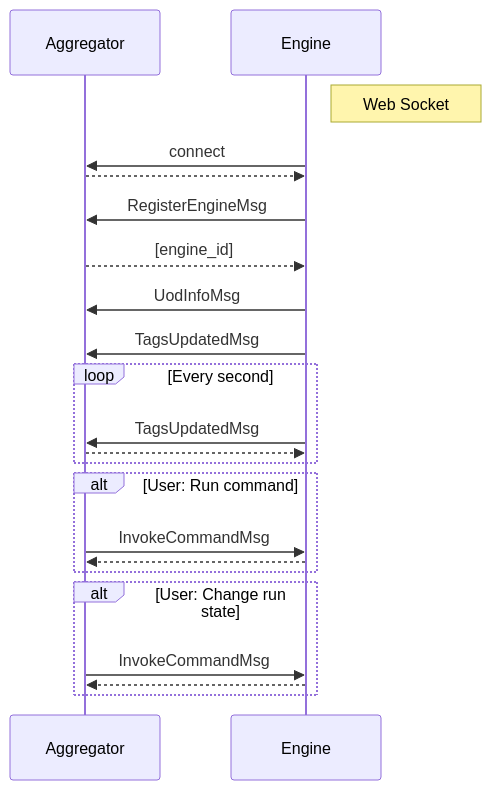
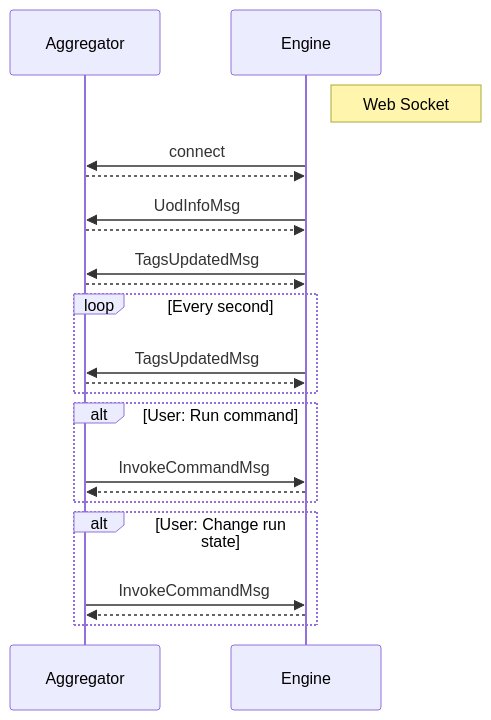
Before and after one commit to Open-Pectus/Open-Pectus: the third of 6 diagrams in DEVELOPMENT.md, drawn with Mermaid. The commit also changed 2 other files, not shown here.

Commit message:
Update documentation for modified protocol

````diff
--- a/DEVELOPMENT.md
+++ b/DEVELOPMENT.md
@@ -423,31 +423,29 @@
 ```mermaid
 sequenceDiagram
     participant A as Aggregator
     participant E as Engine
 
     Note right of E: Web Socket
     E ->> A: connect
     A -->> E: 
-    E ->> A: RegisterEngineMsg
-    A -->> E: [engine_id]
-%%    Note over A,E: A knows E is running
+
     E ->> A: UodInfoMsg
+    A -->> E: 
     E ->> A: TagsUpdatedMsg
-%%    Note over A,E: A knows the process values of E
-
+    A -->> E: 
 
     loop Every second
     E ->> A: TagsUpdatedMsg
     A -->> E: 
     end
 
     alt User: Run command
     A ->> E: InvokeCommandMsg
     E -->> A: 
     end
 
     alt User: Change run state
     A ->> E: InvokeCommandMsg
     E -->> A: 
     end
 ```
````
